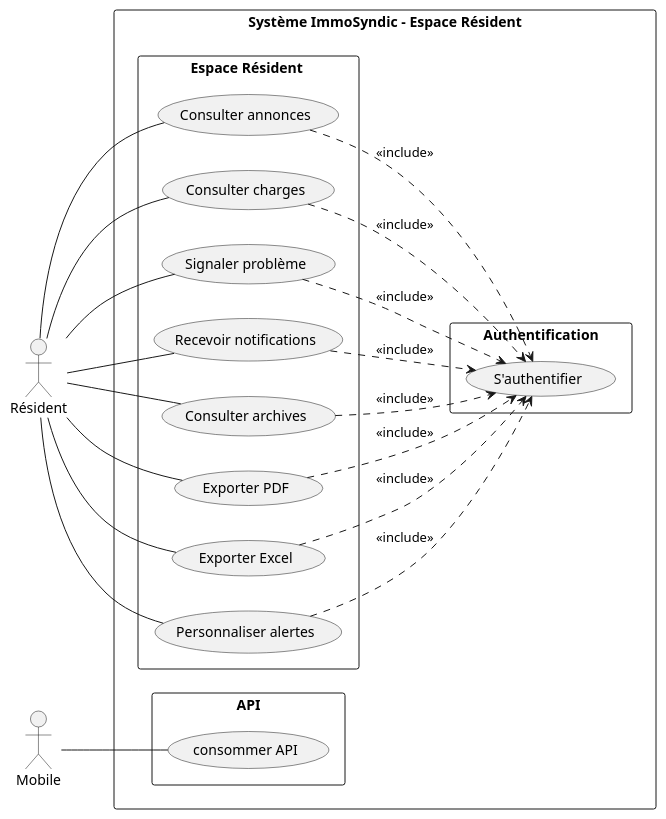
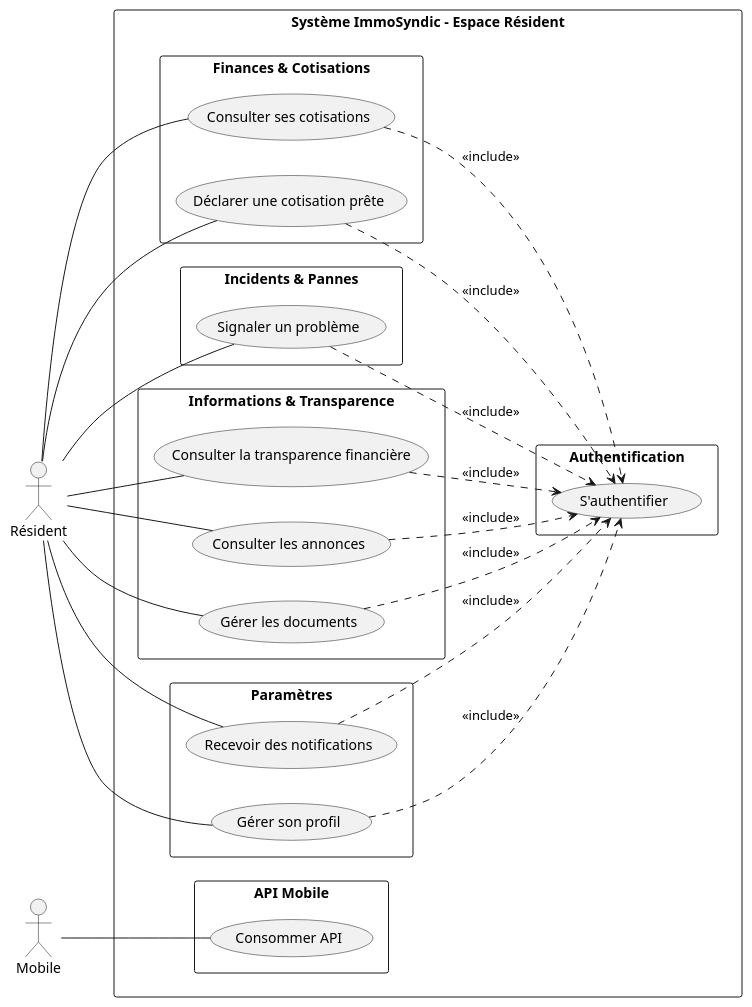
One commit to fadna-lakhouchen/Projet-finale changed the diagram in analyse/ideation/cas_utilisation/diagramme_global/use_case_global_resident.puml. Above: the diagram before and after it, drawn with PlantUML. The commit also changed 58 other files, not shown here.

```diff
--- a/analyse/ideation/cas_utilisation/diagramme_global/use_case_global_resident.puml
+++ b/analyse/ideation/cas_utilisation/diagramme_global/use_case_global_resident.puml
@@ -1,54 +1,63 @@
 @startuml ImmoSyndic_Global_Resident
 left to right direction
 skinparam packageStyle rectangle
 skinparam shadowing false
 
 actor "Résident" as Resident
 actor "Mobile" as Mobile
 
 rectangle "Système ImmoSyndic - Espace Résident" {
 
   package "Authentification" {
     usecase "S'authentifier" as Auth
   }
 
-  package "Espace Résident " {
-
-    usecase "Consulter charges" as ViewCharges
-    usecase "Signaler problème" as ReportIssue
-    usecase "Recevoir notifications" as GetNotifs
-    usecase "Consulter archives" as ViewArchives
-    usecase "Exporter PDF" as ExportPDF
-    usecase "Exporter Excel" as ExportExcel
-    usecase "Personnaliser alertes" as SetAlerts
-    usecase "Consulter annonces" as ViewNews
-
-    ViewCharges ..> Auth : <<include>>
-    ReportIssue ..> Auth : <<include>>
-    GetNotifs ..> Auth : <<include>>
-    ViewArchives ..> Auth : <<include>>
-    ExportPDF ..> Auth : <<include>>
-    ExportExcel ..> Auth : <<include>>
-    SetAlerts ..> Auth : <<include>>
-    ViewNews ..> Auth : <<include>>
+  package "Finances & Cotisations" {
+    usecase "Consulter ses cotisations" as ViewPayments
+    usecase "Déclarer une cotisation prête" as SignalReady
   }
 
-  package "API" {
-    usecase "consommer API" as ProvideAPI
+  package "Incidents & Pannes" {
+    usecase "Signaler un problème" as ReportIssue
   }
+
+  package "Informations & Transparence" {
+    usecase "Consulter la transparence financière" as ViewTransparency
+    usecase "Consulter les annonces" as ViewNews
+    usecase "Gérer les documents" as ViewDocs
+  }
+
+  package "Paramètres" {
+    usecase "Gérer son profil" as ManageProfile
+    usecase "Recevoir des notifications" as GetNotifs
+  }
+
+  package "API Mobile" {
+    usecase "Consommer API" as ProvideAPI
+  }
+
+  ' Auth relation (global rule)
+  ViewPayments ..> Auth : <<include>>
+  SignalReady ..> Auth : <<include>>
+  ReportIssue ..> Auth : <<include>>
+  ViewTransparency ..> Auth : <<include>>
+  ViewNews ..> Auth : <<include>>
+  ViewDocs ..> Auth : <<include>>
+  ManageProfile ..> Auth : <<include>>
+  GetNotifs ..> Auth : <<include>>
 }
 
 ' Résident utilise web
-Resident -- ViewCharges
+Resident -- ViewPayments
+Resident -- SignalReady
 Resident -- ReportIssue
+Resident -- ViewTransparency
+Resident -- ViewNews
+Resident -- ViewDocs
+Resident -- ManageProfile
 Resident -- GetNotifs
-Resident -- ViewArchives
-Resident -- ExportPDF
-Resident -- ExportExcel
-Resident -- SetAlerts
-Resident -- ViewNews
 
 ' Mobile consomme API
 Mobile -- ProvideAPI
 
 @enduml
```
